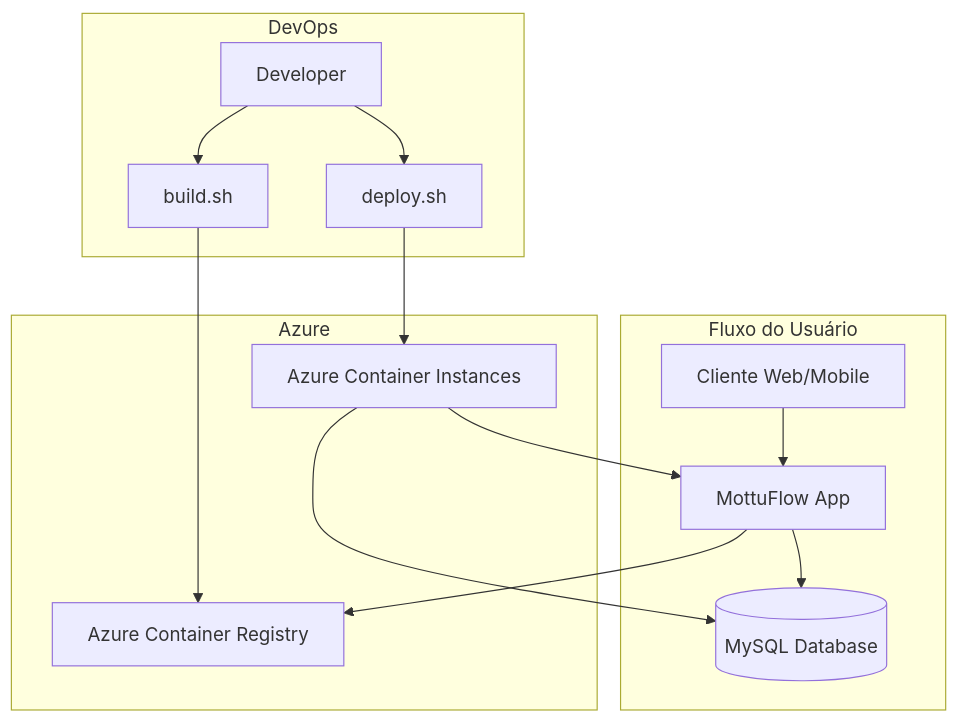
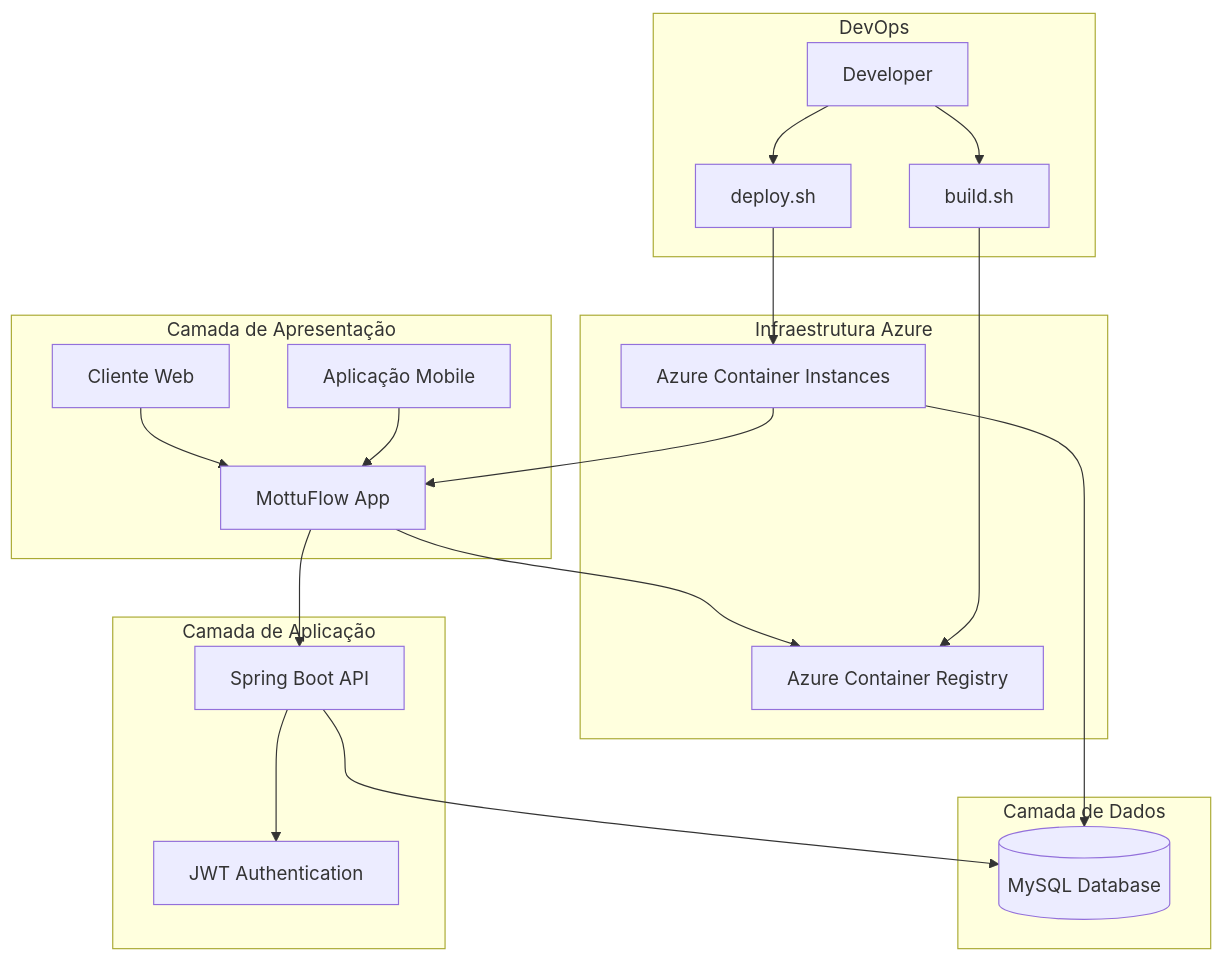
The diagram in Devops Tools & Cloud Computing/README.MD (thejaobiell/MottuFlow-SPRINT3), drawn with Mermaid before and after one commit. The commit also changed other lines of this file, not shown here.

````diff
--- a/Devops Tools & Cloud Computing/README.MD
+++ b/Devops Tools & Cloud Computing/README.MD
@@ -46,20 +55,29 @@
 ```mermaid
 graph TD
-    subgraph Fluxo do Usuário
-        A[Cliente Web/Mobile] --> C[MottuFlow App]
-        C --> D[(MySQL Database)]
+    subgraph "Camada de Apresentação"
+        A[Cliente Web] --> C[MottuFlow App]
+        B[Aplicação Mobile] --> C
     end
 
-    subgraph Azure
-        C --> E[Azure Container Registry]
-        I[Azure Container Instances] --> C
-        I --> D
+    subgraph "Camada de Aplicação"
+        C --> D[Spring Boot API]
+        D --> E[JWT Authentication]
     end
 
-    subgraph DevOps
-        F[Developer] --> G[build.sh]
-        G --> E
-        F --> H[deploy.sh]
-        H --> I
+    subgraph "Camada de Dados"
+        D --> F[(MySQL Database)]
+    end
+
+    subgraph "Infraestrutura Azure"
+        C --> G[Azure Container Registry]
+        H[Azure Container Instances] --> C
+        H --> F
+    end
+
+    subgraph "DevOps"
+        I[Developer] --> J[build.sh]
+        J --> G
+        I --> K[deploy.sh]
+        K --> H
     end
 ```
````
